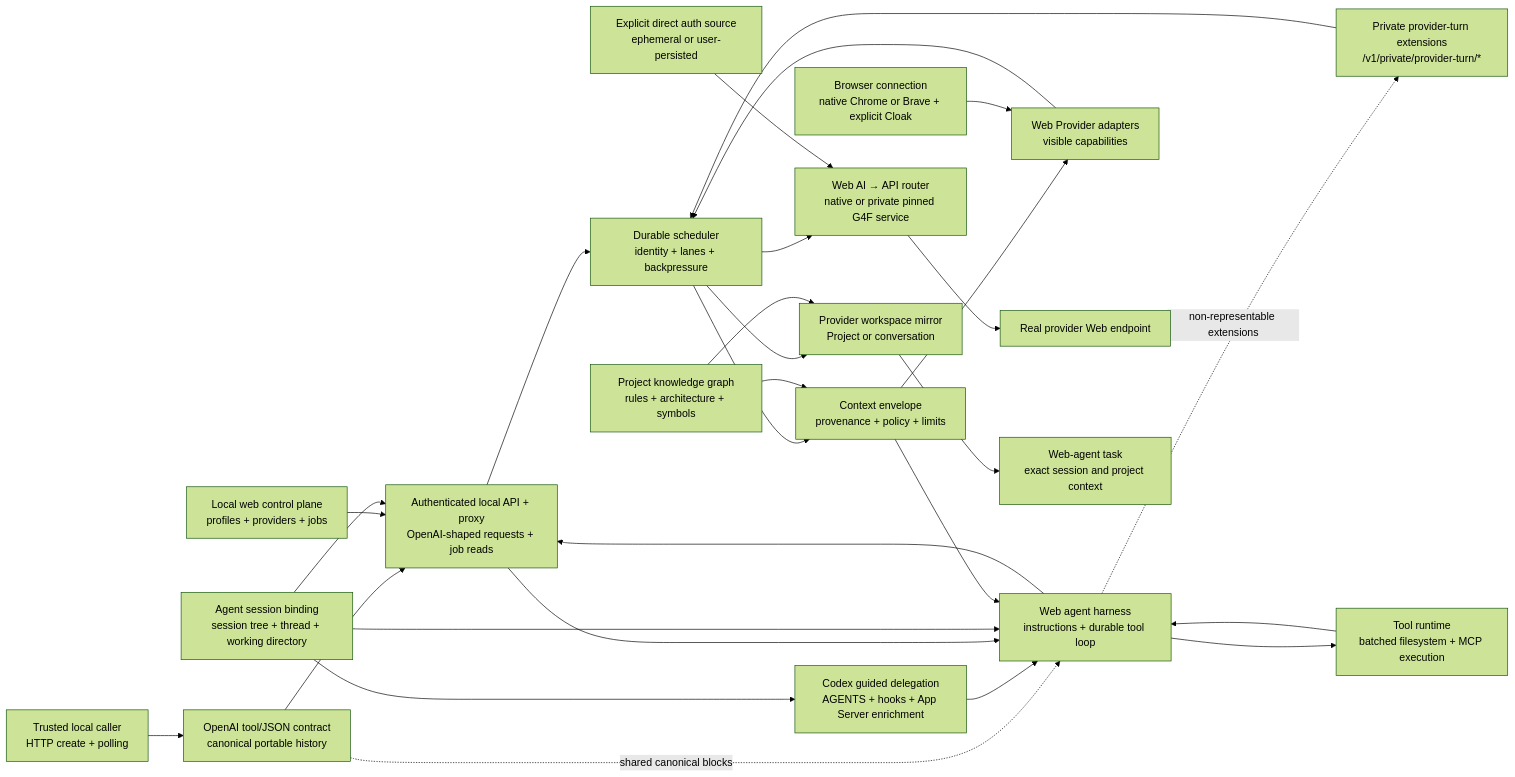
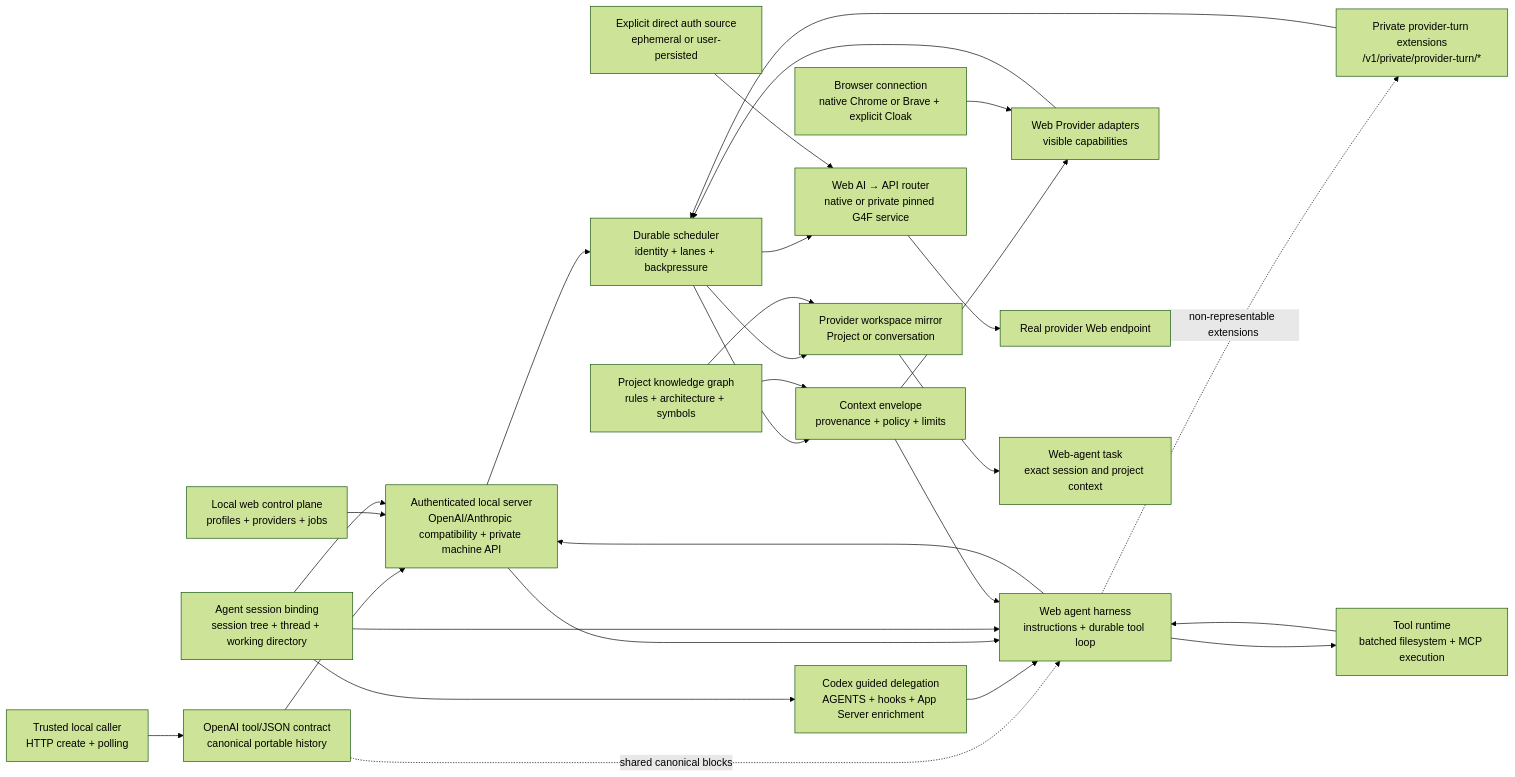
Before and after one commit to jazelly/tokenless: the diagram in docs/roadmaps/README.md, drawn with Mermaid (forest theme). The commit also changed other lines of this file and 75 other files, not shown here.

Commit message:
refactor(api): isolate contracts and private machine routes

````diff
--- a/docs/roadmaps/README.md
+++ b/docs/roadmaps/README.md
@@ -79,50 +79,50 @@
 ```mermaid
 flowchart LR
   Caller["Trusted local caller<br/>HTTP create + polling"]
   UI["Local web control plane<br/>profiles + providers + jobs"]
   Compat["OpenAI tool/JSON contract<br/>canonical portable history"]
-  API["Authenticated local API + proxy<br/>OpenAI-shaped requests + job reads"]
+  API["Authenticated local server<br/>OpenAI/Anthropic compatibility + private machine API"]
   Session["Agent session binding<br/>session tree + thread + working directory"]
   Codex["Codex guided delegation<br/>AGENTS + hooks + App Server enrichment"]
   Scheduler["Durable scheduler<br/>identity + lanes + backpressure"]
   Context["Context envelope<br/>provenance + policy + limits"]
   Harness["Web agent harness<br/>instructions + durable tool loop"]
   Private["Private provider-turn extensions<br/>/v1/private/provider-turn/*"]
   Tools["Tool runtime<br/>batched filesystem + MCP execution"]
   Graph["Project knowledge graph<br/>rules + architecture + symbols"]
   Browser["Browser connection<br/>native Chrome or Brave + explicit Cloak"]
   Provider["Web Provider adapters<br/>visible capabilities"]
   Auth["Explicit direct auth source<br/>ephemeral or user-persisted"]
   Direct["Web AI → API router<br/>native or private pinned G4F service"]
   Endpoint["Real provider Web endpoint"]
   Workspace["Provider workspace mirror<br/>Project or conversation"]
   Task["Web-agent task<br/>exact session and project context"]
 
   Caller --> Compat
   Compat --> API
   Compat -. shared canonical blocks .-> Harness
   UI --> API
   Session --> API
   Session --> Codex
   Codex --> Harness
   API --> Scheduler
   Scheduler --> Context
   Graph --> Context
   API --> Harness
   Session --> Harness
   Context --> Harness
   Harness --> API
   Harness -. non-representable extensions .-> Private
   Private --> Scheduler
   Harness --> Tools
   Tools --> Harness
   Context --> Provider
   Browser --> Provider
   Provider --> Scheduler
   Scheduler --> Direct
   Auth --> Direct
   Direct --> Endpoint
   Scheduler --> Workspace
   Graph --> Workspace
   Workspace --> Task
 ```
````
